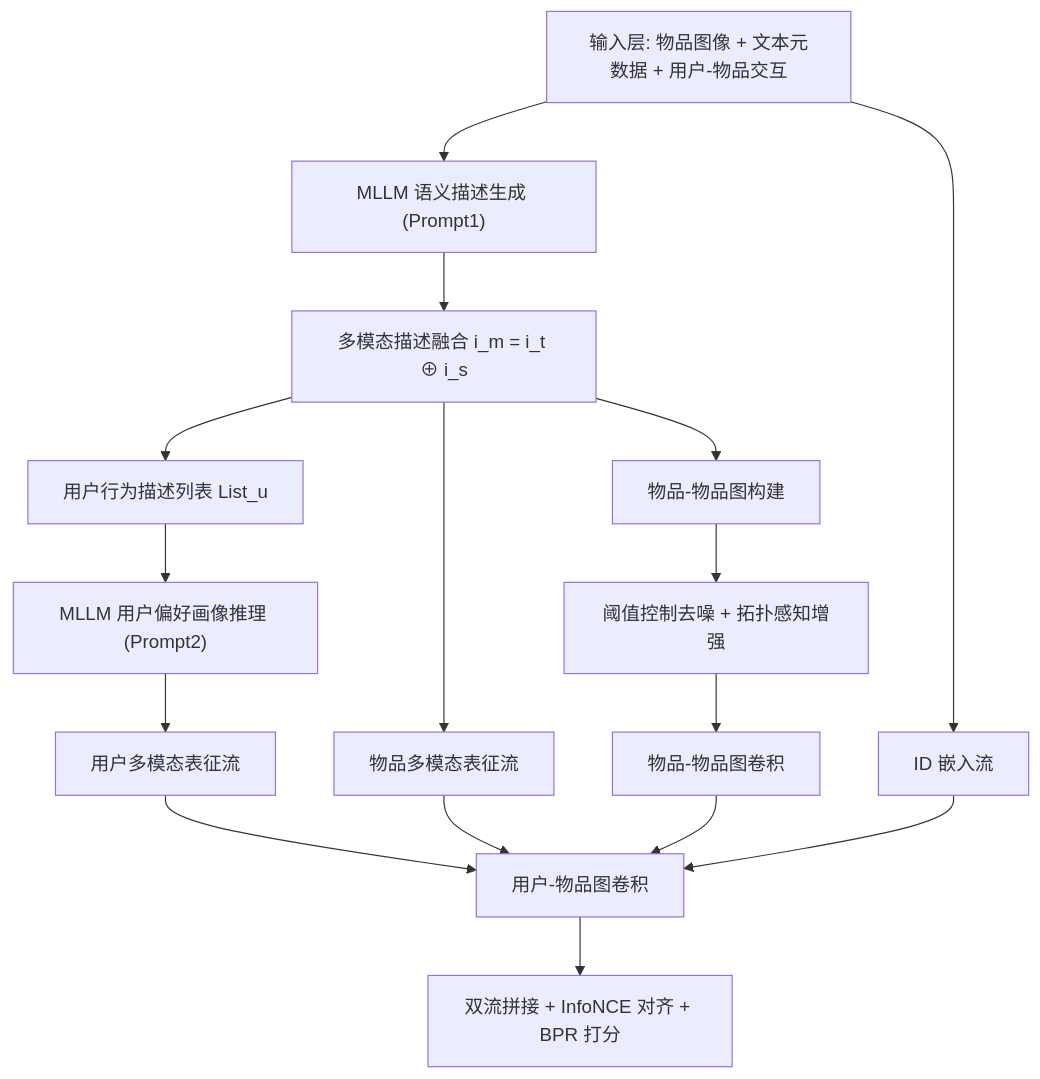
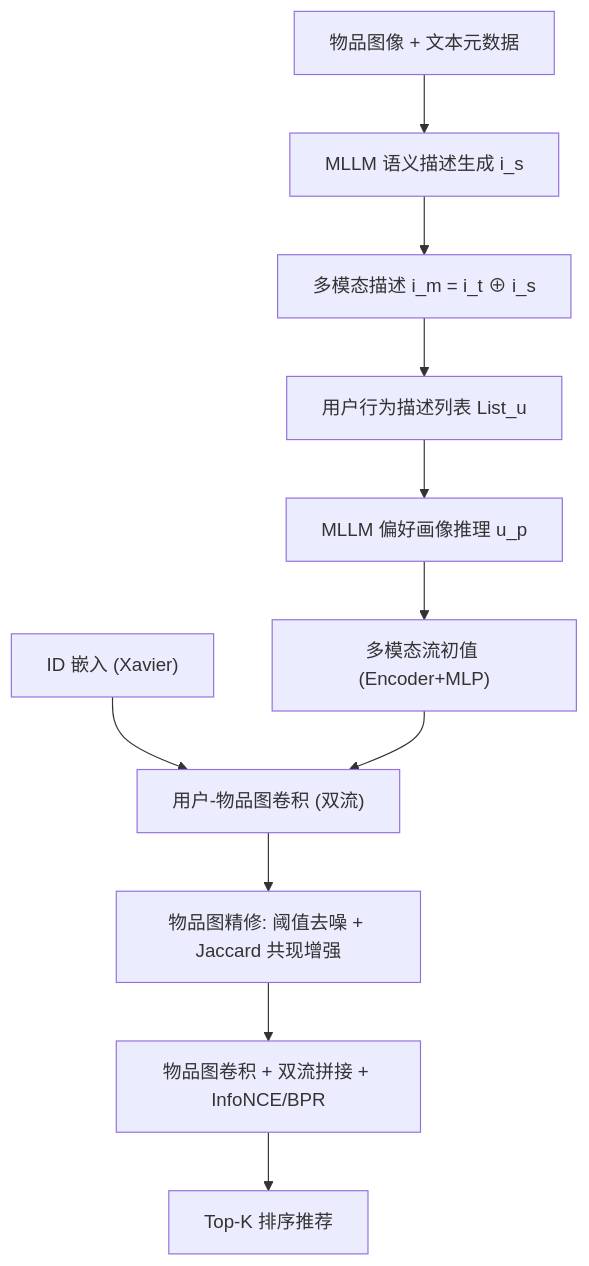
Before and after one commit to jbdcia321vw/Paper-Notes: the diagram in docs/venues/SIGIR/2026/multimodal_rec/mllmrec_a_preference_reasoning_paradigm_with_graph_refinement_for_multimoda.md, drawn with Mermaid. The commit also changed other lines of this file and 1119 other files, not shown here.

````diff
--- a/docs/venues/SIGIR/2026/multimodal_rec/mllmrec_a_preference_reasoning_paradigm_with_graph_refinement_for_multimoda.md
+++ b/docs/venues/SIGIR/2026/multimodal_rec/mllmrec_a_preference_reasoning_paradigm_with_graph_refinement_for_multimoda.md
@@ -57,18 +47,13 @@
 ```mermaid
 flowchart TD
-    A["输入层: 物品图像 + 文本元数据 + 用户-物品交互"] --> B["MLLM 语义描述生成 (Prompt1)"]
-    B --> C["多模态描述融合 i_m = i_t ⊕ i_s"]
+    A["物品图像 + 文本元数据"] --> B["MLLM 语义描述生成 i_s"]
+    B --> C["多模态描述 i_m = i_t ⊕ i_s"]
     C --> D["用户行为描述列表 List_u"]
-    D --> E["MLLM 用户偏好画像推理 (Prompt2)"]
-    C --> F["物品多模态表征流"]
-    E --> G["用户多模态表征流"]
-    A --> H["ID 嵌入流"]
-    C --> I["物品-物品图构建"]
-    I --> J["阈值控制去噪 + 拓扑感知增强"]
-    J --> K["物品-物品图卷积"]
-    F --> L["用户-物品图卷积"]
-    G --> L
-    H --> L
-    K --> L
-    L --> M["双流拼接 + InfoNCE 对齐 + BPR 打分"]
+    D --> E["MLLM 偏好画像推理 u_p"]
+    E --> F["多模态流初值 (Encoder+MLP)"]
+    G["ID 嵌入 (Xavier)"] --> H["用户-物品图卷积 (双流)"]
+    F --> H
+    H --> I["物品图精修: 阈值去噪 + Jaccard 共现增强"]
+    I --> J["物品图卷积 + 双流拼接 + InfoNCE/BPR"]
+    J --> K["Top-K 排序推荐"]
 ```
````
